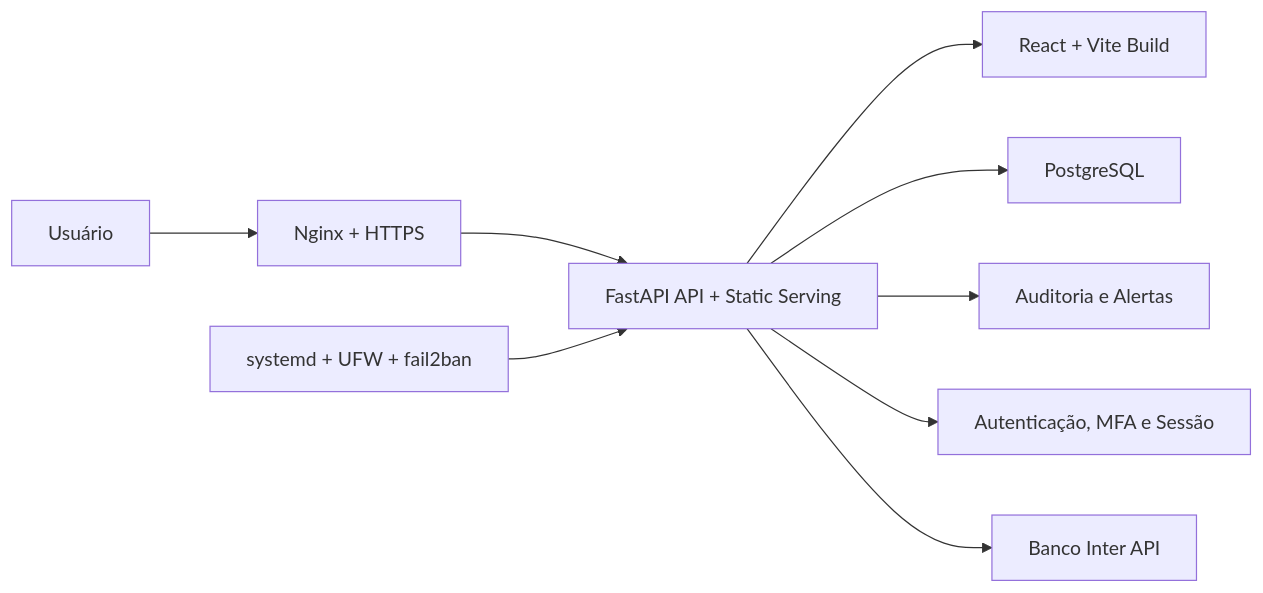
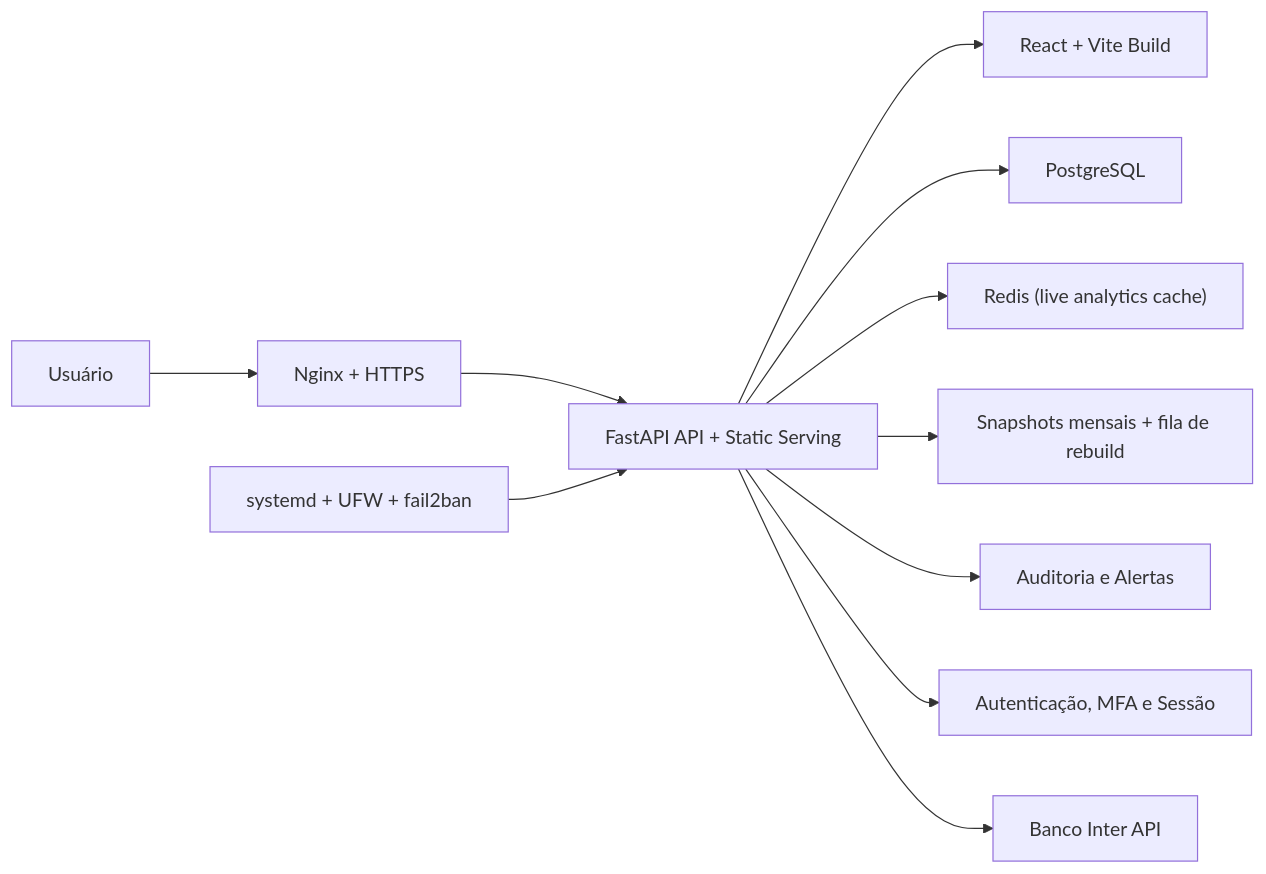
One commit to lucasmef/salomao changed the diagram in README.md. Above: the diagram before and after it, drawn with Mermaid. The commit also changed other lines of this file, not shown here.

Commit message:
docs: describe hybrid analytics cache

````diff
--- a/README.md
+++ b/README.md
@@ -117,11 +121,13 @@
 ```mermaid
 flowchart LR
     U["Usuário"] --> N["Nginx + HTTPS"]
     N --> B["FastAPI API + Static Serving"]
     B --> F["React + Vite Build"]
     B --> P["PostgreSQL"]
+    B --> R["Redis (live analytics cache)"]
+    B --> H["Snapshots mensais + fila de rebuild"]
     B --> A["Auditoria e Alertas"]
     B --> S["Autenticação, MFA e Sessão"]
     B --> I["Banco Inter API"]
     O["systemd + UFW + fail2ban"] --> B
 ```
````
